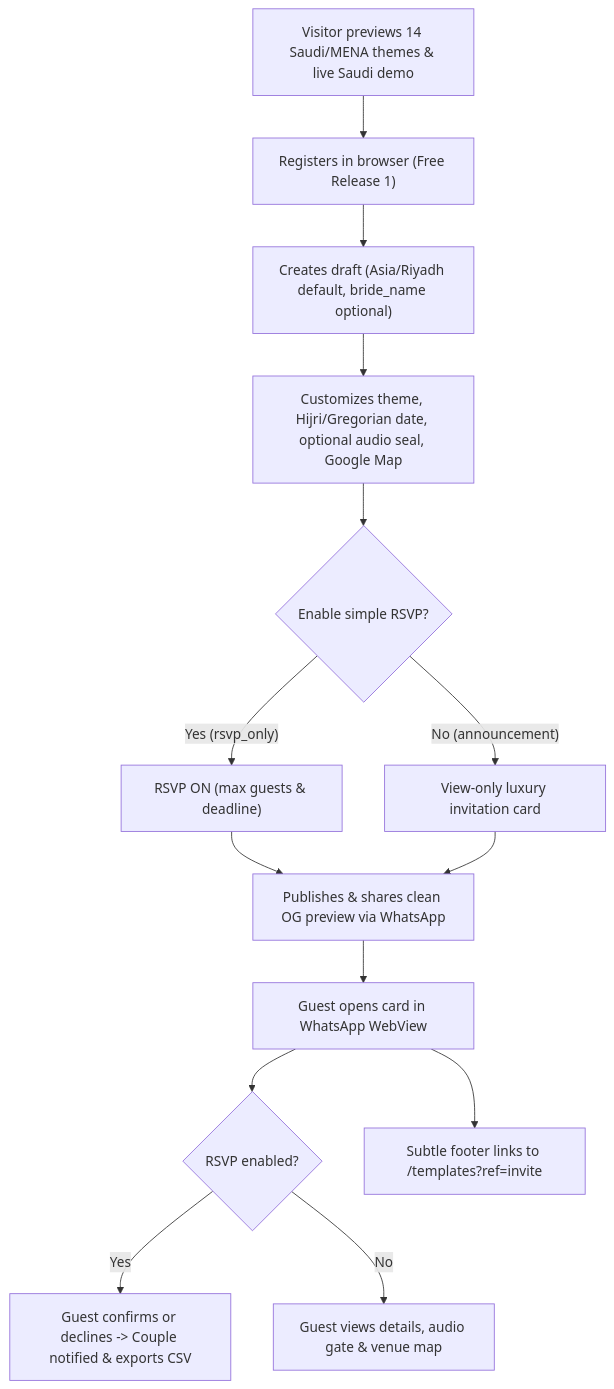
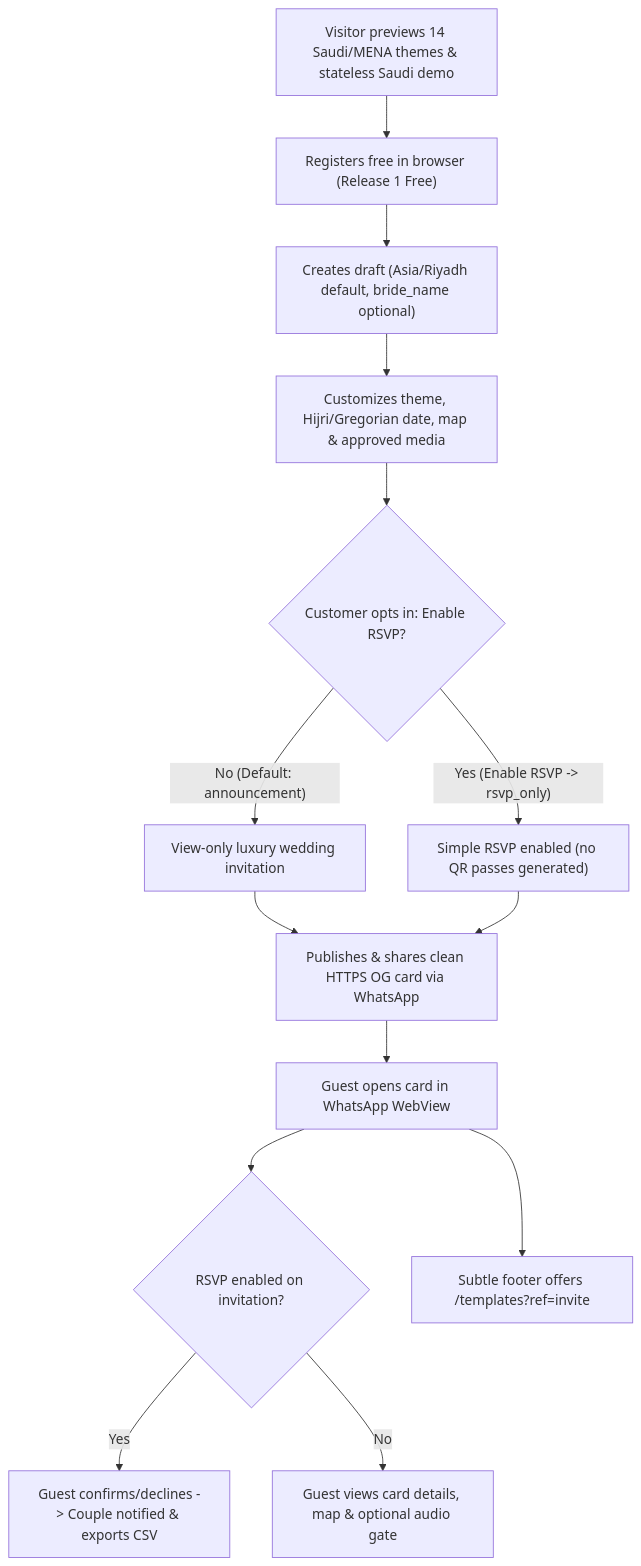
One commit to mohamedelbalooty/Zaffe changed the first of 2 diagrams in docs/business/business-requirements-document.md. Above: the diagram before and after it, drawn with Mermaid. The commit also changed other lines of this file and 7 other files, not shown here.

````diff
--- a/docs/business/business-requirements-document.md
+++ b/docs/business/business-requirements-document.md
@@ -132,16 +133,16 @@
 ```mermaid
 flowchart TD
-    A["Visitor previews 14 Saudi/MENA themes & live Saudi demo"] --> B["Registers in browser (Free Release 1)"]
+    A["Visitor previews 14 Saudi/MENA themes & stateless Saudi demo"] --> B["Registers free in browser (Release 1 Free)"]
     B --> C["Creates draft (Asia/Riyadh default, bride_name optional)"]
-    C --> D["Customizes theme, Hijri/Gregorian date, optional audio seal, Google Map"]
-    D --> E{"Enable simple RSVP?"}
-    E -- "Yes (rsvp_only)" --> F["RSVP ON (max guests & deadline)"]
-    E -- "No (announcement)" --> G["View-only luxury invitation card"]
-    F --> H["Publishes & shares clean OG preview via WhatsApp"]
+    C --> D["Customizes theme, Hijri/Gregorian date, map & approved media"]
+    D --> E{"Customer opts in: Enable RSVP?"}
+    E -- "No (Default: announcement)" --> F["View-only luxury wedding invitation"]
+    E -- "Yes (Enable RSVP -> rsvp_only)" --> G["Simple RSVP enabled (no QR passes generated)"]
+    F --> H["Publishes & shares clean HTTPS OG card via WhatsApp"]
     G --> H
     H --> I["Guest opens card in WhatsApp WebView"]
-    I --> J{"RSVP enabled?"}
-    J -- "Yes" --> K["Guest confirms or declines -> Couple notified & exports CSV"]
-    J -- "No" --> L["Guest views details, audio gate & venue map"]
-    I --> M["Subtle footer links to /templates?ref=invite"]
+    I --> J{"RSVP enabled on invitation?"}
+    J -- "Yes" --> K["Guest confirms/declines -> Couple notified & exports CSV"]
+    J -- "No" --> L["Guest views card details, map & optional audio gate"]
+    I --> M["Subtle footer offers /templates?ref=invite"]
 ```
````
